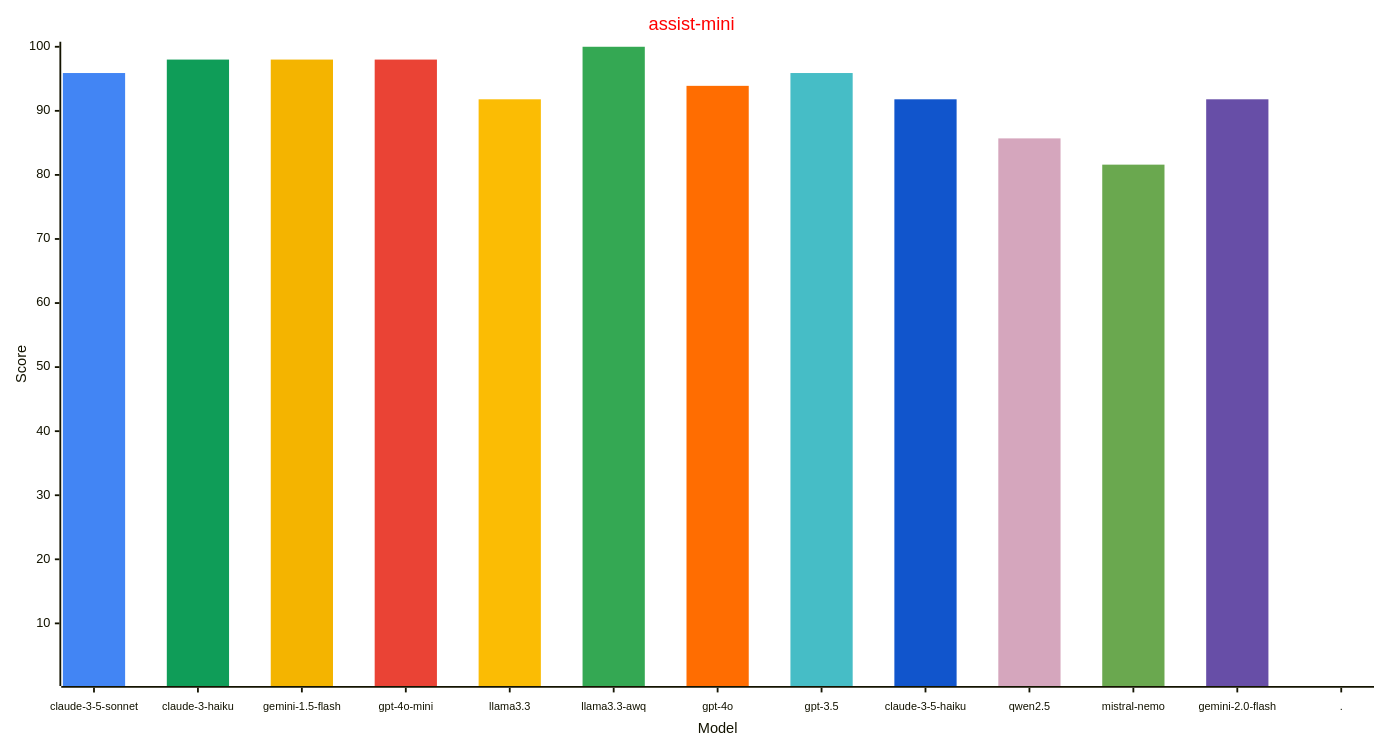
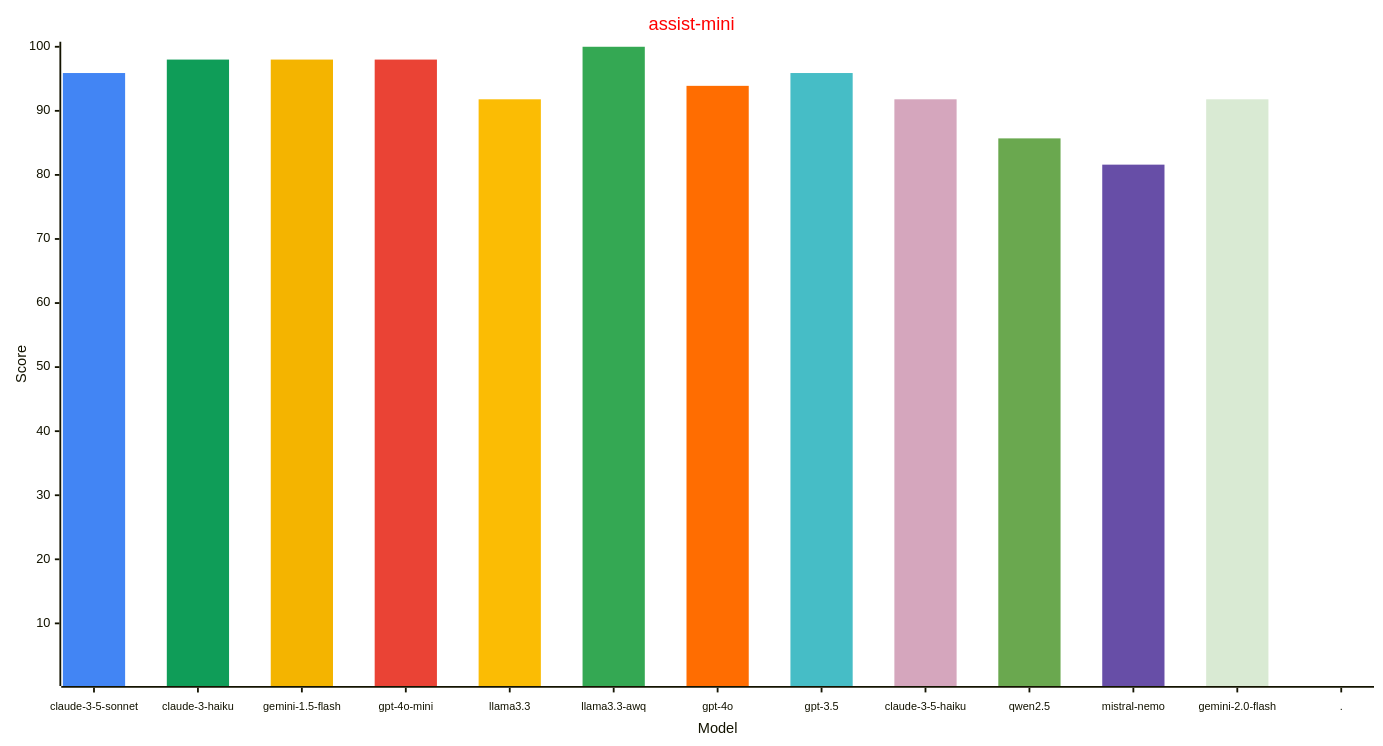
One commit to allenporter/home-assistant-datasets changed the second of 4 diagrams in reports/README.md. Above: the diagram before and after it, drawn with Mermaid. The commit also changed other lines of this file and 83 other files, not shown here.

````diff
--- a/reports/README.md
+++ b/reports/README.md
@@ -97,33 +98,33 @@
 ```mermaid
 ---
 config:
     xyChart:
         width: 1500
         height: 800
         xAxis:
           labelFontSize: 12
           labelPadding: 8
     themeVariables:
         xyChart:
             titleColor: "#ff0000"
-            plotColorPalette: "#4285f4, #0f9d58, #f4b400, #ea4335, #fbbc04, #34a853, #ff6d01, #46bdc6, #1155cc, #d5a6bd, #6aa84f, #674ea7, #4285f4"
+            plotColorPalette: "#4285f4, #0f9d58, #f4b400, #ea4335, #fbbc04, #34a853, #ff6d01, #46bdc6, #d5a6bd, #6aa84f, #674ea7, #d9ead3, #4285f4"
 
 ---
 xychart-beta
   title "assist-mini"
   x-axis "Model" [claude-3-5-sonnet, claude-3-haiku, gemini-1.5-flash, gpt-4o-mini, llama3.3, llama3.3-awq, gpt-4o, gpt-3.5, claude-3-5-haiku, qwen2.5, mistral-nemo, gemini-2.0-flash, .]
   y-axis "Score" 1 --> 100
   bar [95.9, 0.0, 0.0, 0.0, 0.0, 0.0, 0.0, 0.0, 0.0, 0.0, 0.0, 0.0, 0.0]
   bar [0.0, 98.0, 0.0, 0.0, 0.0, 0.0, 0.0, 0.0, 0.0, 0.0, 0.0, 0.0, 0.0]
   bar [0.0, 0.0, 98.0, 0.0, 0.0, 0.0, 0.0, 0.0, 0.0, 0.0, 0.0, 0.0, 0.0]
   bar [0.0, 0.0, 0.0, 98.0, 0.0, 0.0, 0.0, 0.0, 0.0, 0.0, 0.0, 0.0, 0.0]
   bar [0.0, 0.0, 0.0, 0.0, 91.8, 0.0, 0.0, 0.0, 0.0, 0.0, 0.0, 0.0, 0.0]
   bar [0.0, 0.0, 0.0, 0.0, 0.0, 100.0, 0.0, 0.0, 0.0, 0.0, 0.0, 0.0, 0.0]
   bar [0.0, 0.0, 0.0, 0.0, 0.0, 0.0, 93.9, 0.0, 0.0, 0.0, 0.0, 0.0, 0.0]
   bar [0.0, 0.0, 0.0, 0.0, 0.0, 0.0, 0.0, 95.9, 0.0, 0.0, 0.0, 0.0, 0.0]
   bar [0.0, 0.0, 0.0, 0.0, 0.0, 0.0, 0.0, 0.0, 91.8, 0.0, 0.0, 0.0, 0.0]
   bar [0.0, 0.0, 0.0, 0.0, 0.0, 0.0, 0.0, 0.0, 0.0, 85.7, 0.0, 0.0, 0.0]
   bar [0.0, 0.0, 0.0, 0.0, 0.0, 0.0, 0.0, 0.0, 0.0, 0.0, 81.6, 0.0, 0.0]
   bar [0.0, 0.0, 0.0, 0.0, 0.0, 0.0, 0.0, 0.0, 0.0, 0.0, 0.0, 91.8, 0.0]
   bar [0.0, 0.0, 0.0, 0.0, 0.0, 0.0, 0.0, 0.0, 0.0, 0.0, 0.0, 0.0, -1.0]
 ```
````
